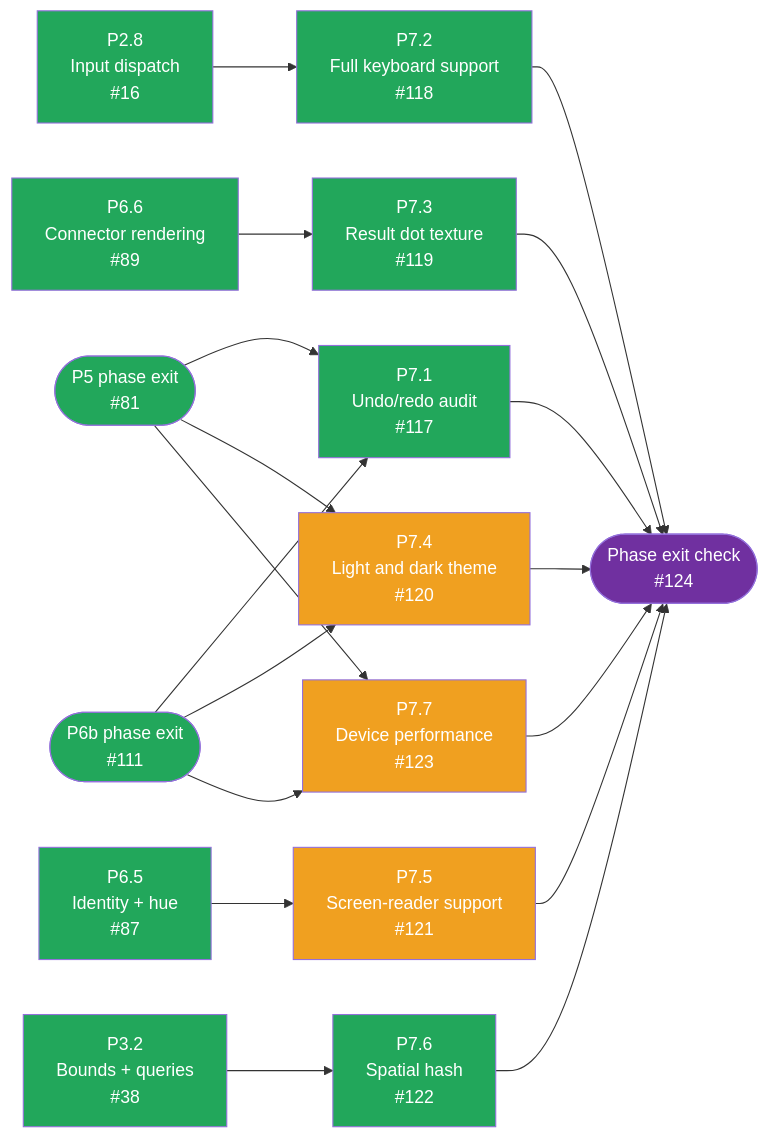
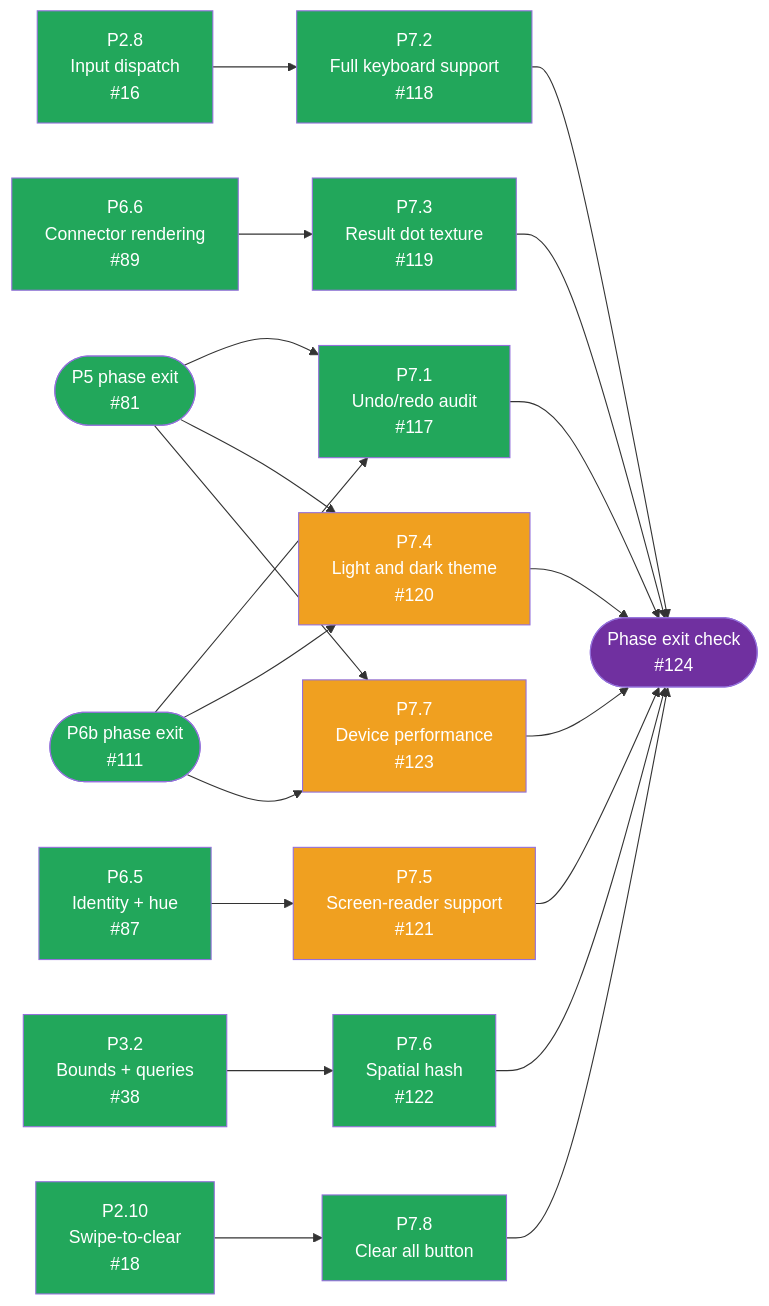
One commit to tousifosman/CalcMind changed the second of 2 diagrams in docs/DEVELOPMENT_PLAN.md. Above: the diagram before and after it, drawn with Mermaid. The commit also changed other lines of this file and 6 other files, not shown here.

First line of the commit message:
P7.8: add Clear all mode-strip button with shared confirm

````diff
--- a/docs/DEVELOPMENT_PLAN.md
+++ b/docs/DEVELOPMENT_PLAN.md
@@ -125,51 +125,56 @@
 ```mermaid
 flowchart LR
     P5EXIT(["P5 phase exit<br/>#81"])
     P6bEXIT(["P6b phase exit<br/>#111"])
     P28["P2.8<br/>Input dispatch<br/>#16"]
     P32["P3.2<br/>Bounds + queries<br/>#38"]
     P65["P6.5<br/>Identity + hue<br/>#87"]
     P66["P6.6<br/>Connector rendering<br/>#89"]
     P71["P7.1<br/>Undo/redo audit<br/>#117"]
     P72["P7.2<br/>Full keyboard support<br/>#118"]
     P73["P7.3<br/>Result dot texture<br/>#119"]
     P74["P7.4<br/>Light and dark theme<br/>#120"]
     P75["P7.5<br/>Screen-reader support<br/>#121"]
     P76["P7.6<br/>Spatial hash<br/>#122"]
     P77["P7.7<br/>Device performance<br/>#123"]
+    P78["P7.8<br/>Clear all button"]
     EXIT(["Phase exit check<br/>#124"])
 
     P5EXIT --> P71
     P6bEXIT --> P71
     P28 --> P72
     P66 --> P73
     P5EXIT --> P74
     P6bEXIT --> P74
     P65 --> P75
     P32 --> P76
     P5EXIT --> P77
     P6bEXIT --> P77
+    P210["P2.10<br/>Swipe-to-clear<br/>#18"] --> P78
 
     P71 --> EXIT
     P72 --> EXIT
     P73 --> EXIT
     P74 --> EXIT
     P75 --> EXIT
     P76 --> EXIT
     P77 --> EXIT
+    P78 --> EXIT
 
     style P5EXIT fill:#22A75B,color:#fff
     style P6bEXIT fill:#22A75B,color:#fff
     style P28 fill:#22A75B,color:#fff
     style P32 fill:#22A75B,color:#fff
     style P65 fill:#22A75B,color:#fff
     style P66 fill:#22A75B,color:#fff
+    style P210 fill:#22A75B,color:#fff
     style P71 fill:#22A75B,color:#fff
     style P72 fill:#22A75B,color:#fff
     style P73 fill:#22A75B,color:#fff
     style P74 fill:#F0A020,color:#fff
     style P75 fill:#F0A020,color:#fff
     style P76 fill:#22A75B,color:#fff
     style P77 fill:#F0A020,color:#fff
+    style P78 fill:#22A75B,color:#fff
     style EXIT fill:#7030A0,color:#fff
 ```
````
